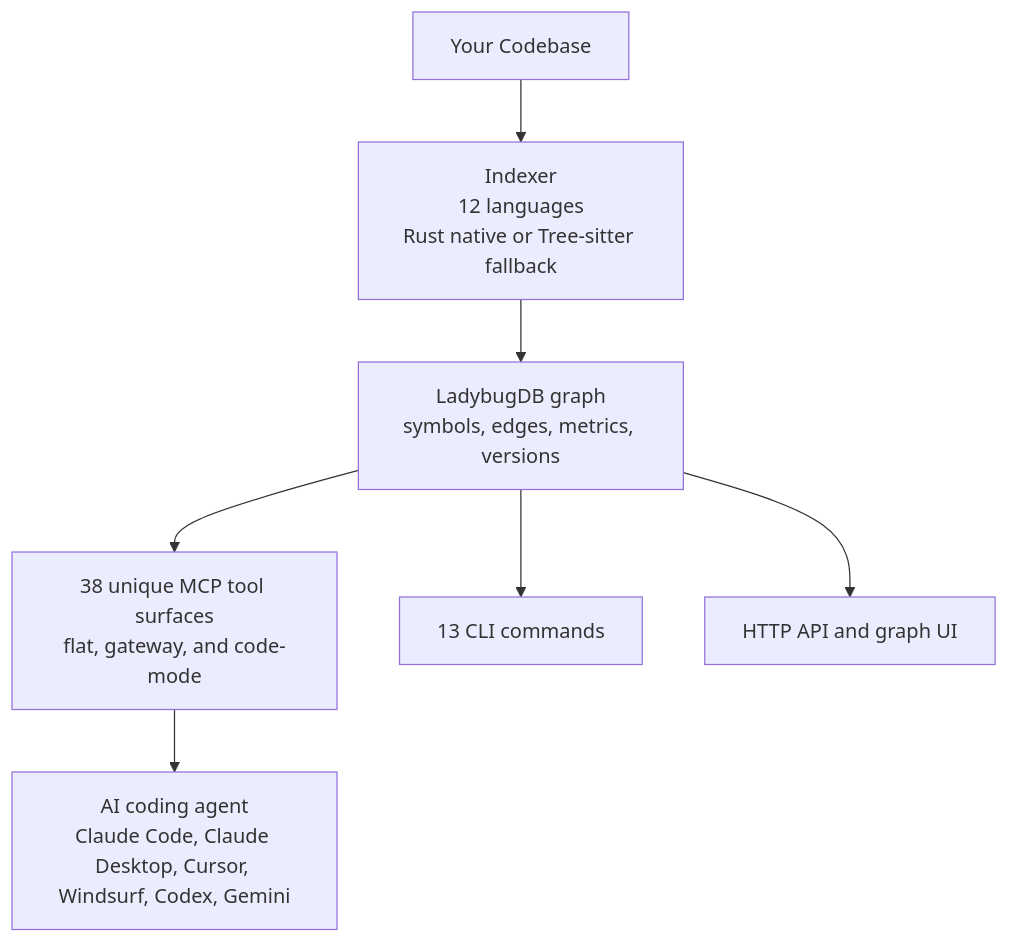
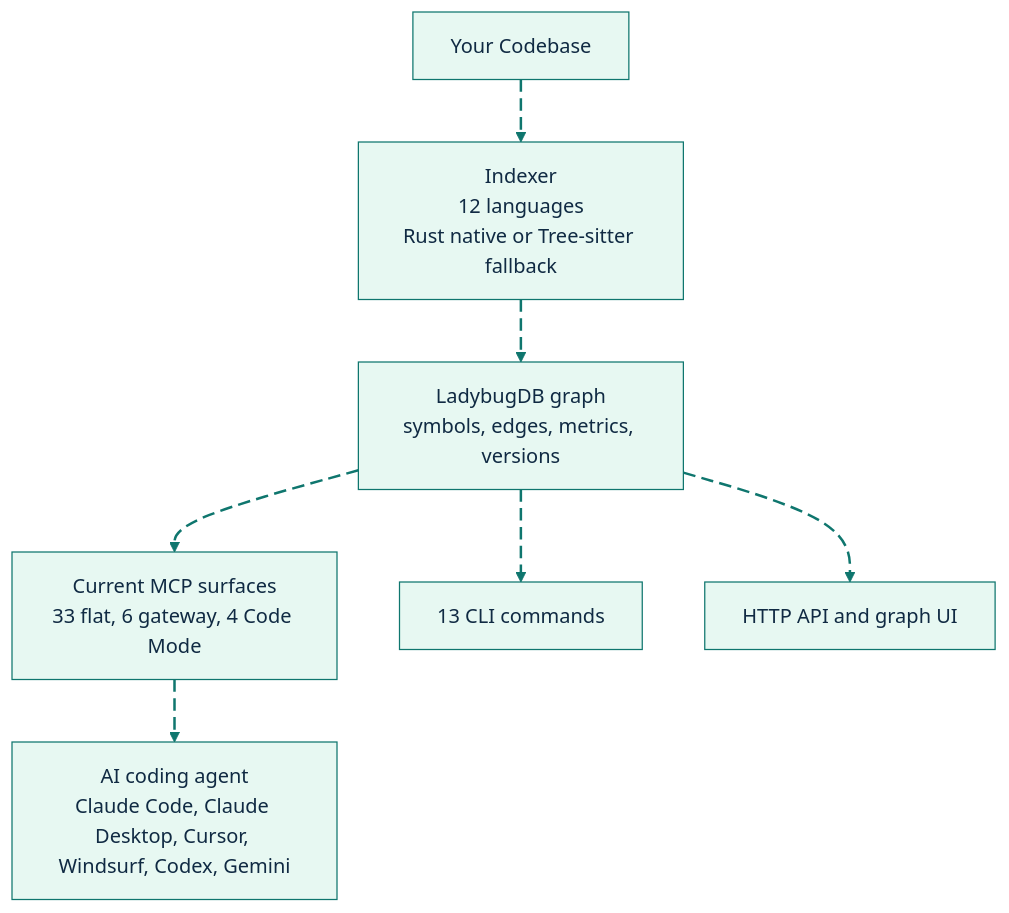
One commit to GlitterKill/sdl-mcp changed the first of 10 diagrams in README.md. Above: the diagram before and after it, drawn with Mermaid. The commit also changed other lines of this file and 1 other file, not shown here.

````diff
--- a/README.md
+++ b/README.md
@@ -40,16 +40,27 @@
 ```mermaid
+%%{init: {"theme":"base","themeVariables":{"background":"#ffffff","primaryColor":"#E7F8F2","primaryBorderColor":"#0F766E","primaryTextColor":"#102A43","secondaryColor":"#E8F1FF","secondaryBorderColor":"#2563EB","secondaryTextColor":"#102A43","tertiaryColor":"#FFF4D6","tertiaryBorderColor":"#B45309","tertiaryTextColor":"#102A43","lineColor":"#0F766E","textColor":"#102A43","fontFamily":"Inter, ui-sans-serif, system-ui, -apple-system, BlinkMacSystemFont, Segoe UI, sans-serif"},"flowchart":{"curve":"basis","htmlLabels":true}}}%%
 flowchart TD
     Codebase["Your Codebase"]
     Indexer["Indexer<br/>12 languages<br/>Rust native or Tree-sitter fallback"]
     Graph["LadybugDB graph<br/>symbols, edges, metrics, versions"]
-    MCP["38 unique MCP tool surfaces<br/>flat, gateway, and code-mode"]
+    MCP["Current MCP surfaces<br/>33 flat, 6 gateway, 4 Code Mode"]
     CLI["13 CLI commands"]
     HTTP["HTTP API and graph UI"]
     Agent["AI coding agent<br/>Claude Code, Claude Desktop, Cursor, Windsurf, Codex, Gemini"]
 
-    Codebase --> Indexer --> Graph
-    Graph --> MCP
-    Graph --> CLI
-    Graph --> HTTP
-    MCP --> Agent
+    Codebase e1@--> Indexer
+    Indexer e2@--> Graph
+    Graph e3@--> MCP
+    Graph e4@--> CLI
+    Graph e5@--> HTTP
+    MCP e6@--> Agent
+
+    classDef source fill:#E7F8F2,stroke:#0F766E,stroke-width:2px,color:#102A43;
+    classDef process fill:#E8F1FF,stroke:#2563EB,stroke-width:2px,color:#102A43;
+    classDef decision fill:#FFF4D6,stroke:#B45309,stroke-width:2px,color:#102A43;
+    classDef storage fill:#F2E8FF,stroke:#7C3AED,stroke-width:2px,color:#102A43;
+    classDef output fill:#FFE8EF,stroke:#BE123C,stroke-width:2px,color:#102A43;
+    classDef muted fill:#F8FAFC,stroke:#64748B,stroke-width:1px,color:#102A43;
+    classDef animate stroke:#0F766E,stroke-width:2px,stroke-dasharray:10\,5,stroke-dashoffset:900,animation:dash 22s linear infinite;
+    class e1,e2,e3,e4,e5,e6 animate;
 ```
````
